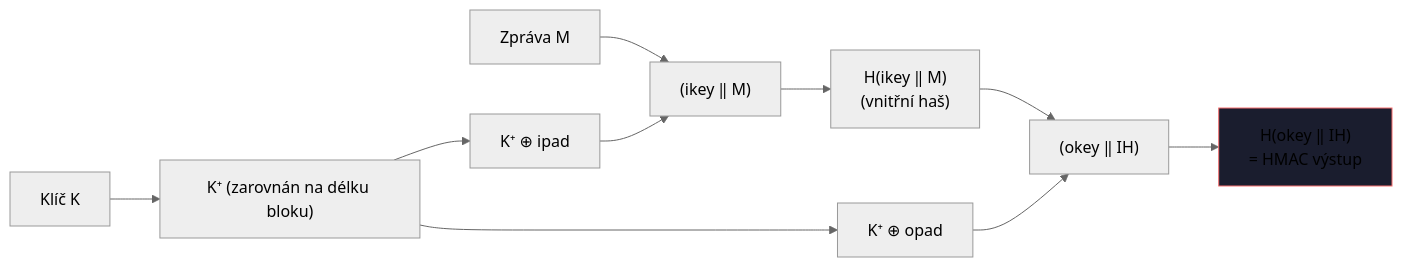
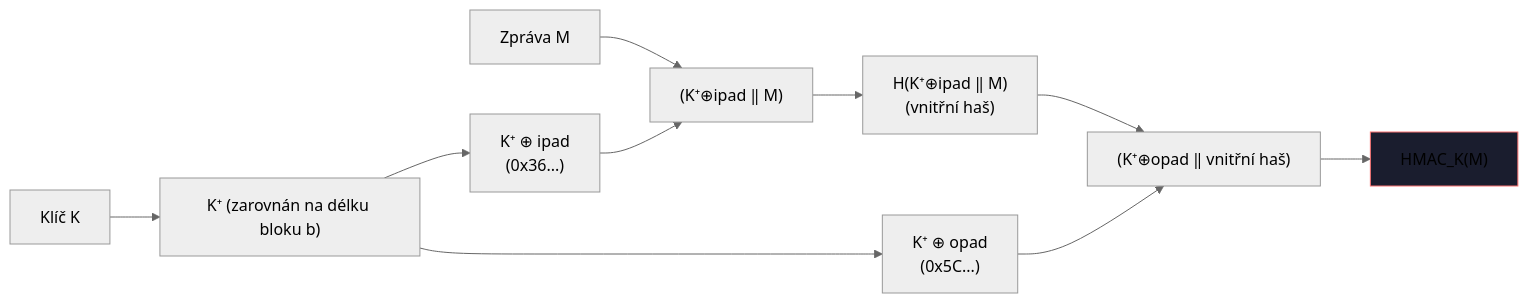
The second of 2 diagrams in docs/skripta/04-hash.md (MatuskaDev/CTU-KAB-Study-Material), drawn with Mermaid (neutral theme) before and after one commit. The commit also changed other lines of this file and 277 other files, not shown here.

````diff
--- a/docs/skripta/04-hash.md
+++ b/docs/skripta/04-hash.md
@@ -169,13 +370,13 @@
 ```mermaid
 flowchart LR
-    K["Klíč K"] --> KP["K⁺ (zarovnán na délku bloku)"]
-    KP --> IKEY["K⁺ ⊕ ipad"]
-    KP --> OKEY["K⁺ ⊕ opad"]
-    M["Zpráva M"] --> INNER["(ikey ‖ M)"]
+    K["Klíč K"] --> KP["K⁺ (zarovnán na délku bloku b)"]
+    KP --> IKEY["K⁺ ⊕ ipad\n(0x36...)"]
+    KP --> OKEY["K⁺ ⊕ opad\n(0x5C...)"]
+    M["Zpráva M"] --> INNER["(K⁺⊕ipad ‖ M)"]
     IKEY --> INNER
-    INNER --> IH["H(ikey ‖ M)\n(vnitřní haš)"]
-    IH --> OUTER["(okey ‖ IH)"]
+    INNER --> IH["H(K⁺⊕ipad ‖ M)\n(vnitřní haš)"]
+    IH --> OUTER["(K⁺⊕opad ‖ vnitřní haš)"]
     OKEY --> OUTER
-    OUTER --> HMAC["H(okey ‖ IH)\n= HMAC výstup"]
+    OUTER --> HMAC["HMAC_K(M)"]
     style HMAC fill:#1a1d2e,stroke:#f87171
 ```
````
